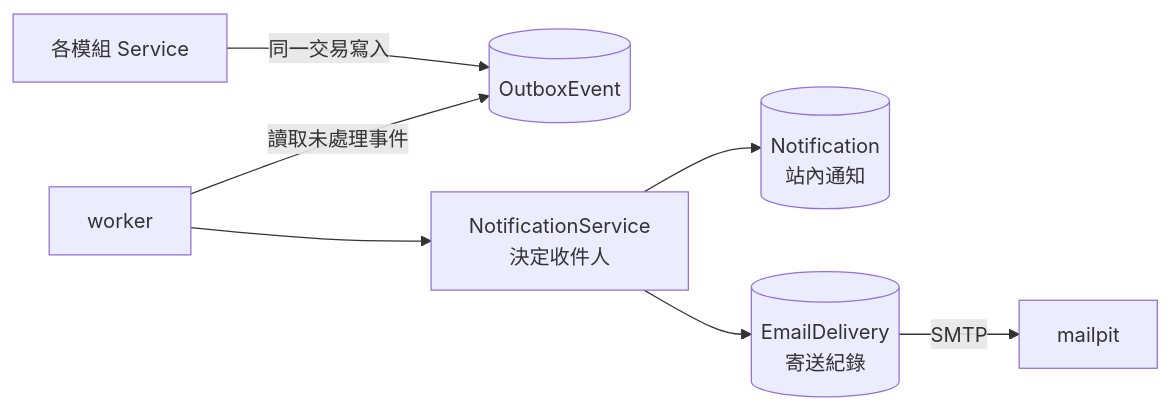
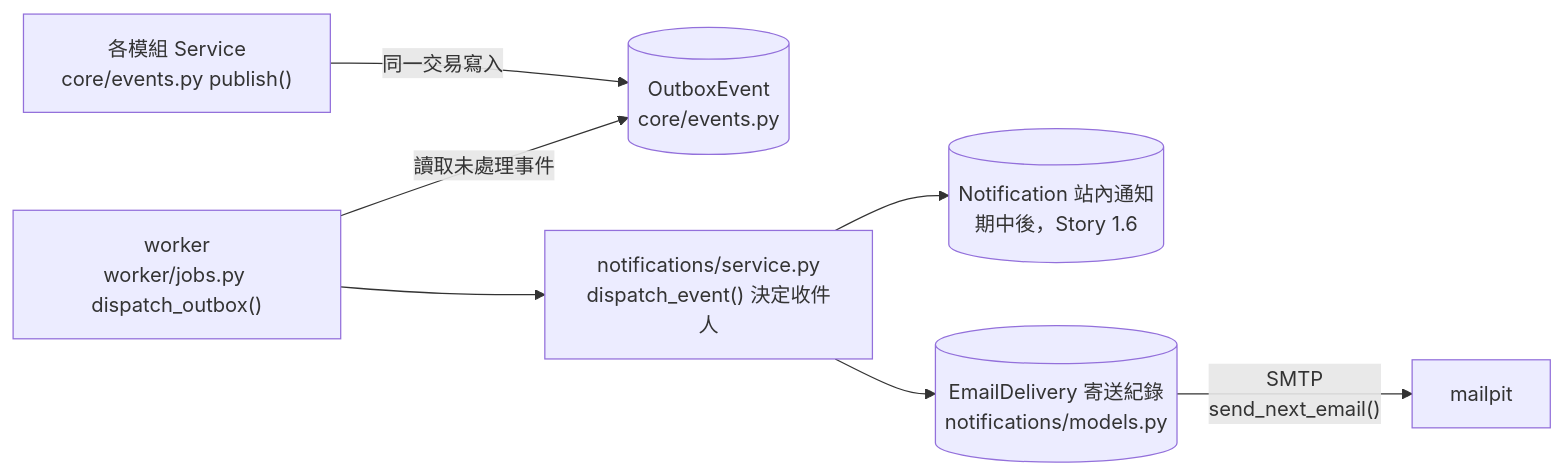
One commit to Team14good/esport-platform changed the sixth of 6 diagrams in docs/midterm/C-軟體設計文件.md. Above: the diagram before and after it, drawn with Mermaid. The commit also changed other lines of this file and 27 other files, not shown here.

First line of the commit message:
docs: B、C、D 其餘的圖全部對照程式標註 (#92)

````diff
--- a/docs/midterm/C-軟體設計文件.md
+++ b/docs/midterm/C-軟體設計文件.md
@@ -283,9 +290,9 @@
 ```mermaid
 flowchart LR
-  svc["各模組 Service"] -->|"同一交易寫入"| ob[("OutboxEvent")]
-  wk["worker"] -->|讀取未處理事件| ob
-  wk --> ns["NotificationService<br/>決定收件人"]
-  ns --> nt[("Notification<br/>站內通知")]
-  ns --> ed[("EmailDelivery<br/>寄送紀錄")]
-  ed -->|SMTP| mp["mailpit"]
+  svc["各模組 Service<br/>core/events.py publish()"] -->|"同一交易寫入"| ob[("OutboxEvent<br/>core/events.py")]
+  wk["worker<br/>worker/jobs.py dispatch_outbox()"] -->|讀取未處理事件| ob
+  wk --> ns["notifications/service.py<br/>dispatch_event() 決定收件人"]
+  ns --> nt[("Notification 站內通知<br/>期中後，Story 1.6")]
+  ns --> ed[("EmailDelivery 寄送紀錄<br/>notifications/models.py")]
+  ed -->|"SMTP<br/>send_next_email()"| mp["mailpit"]
 ```
````
